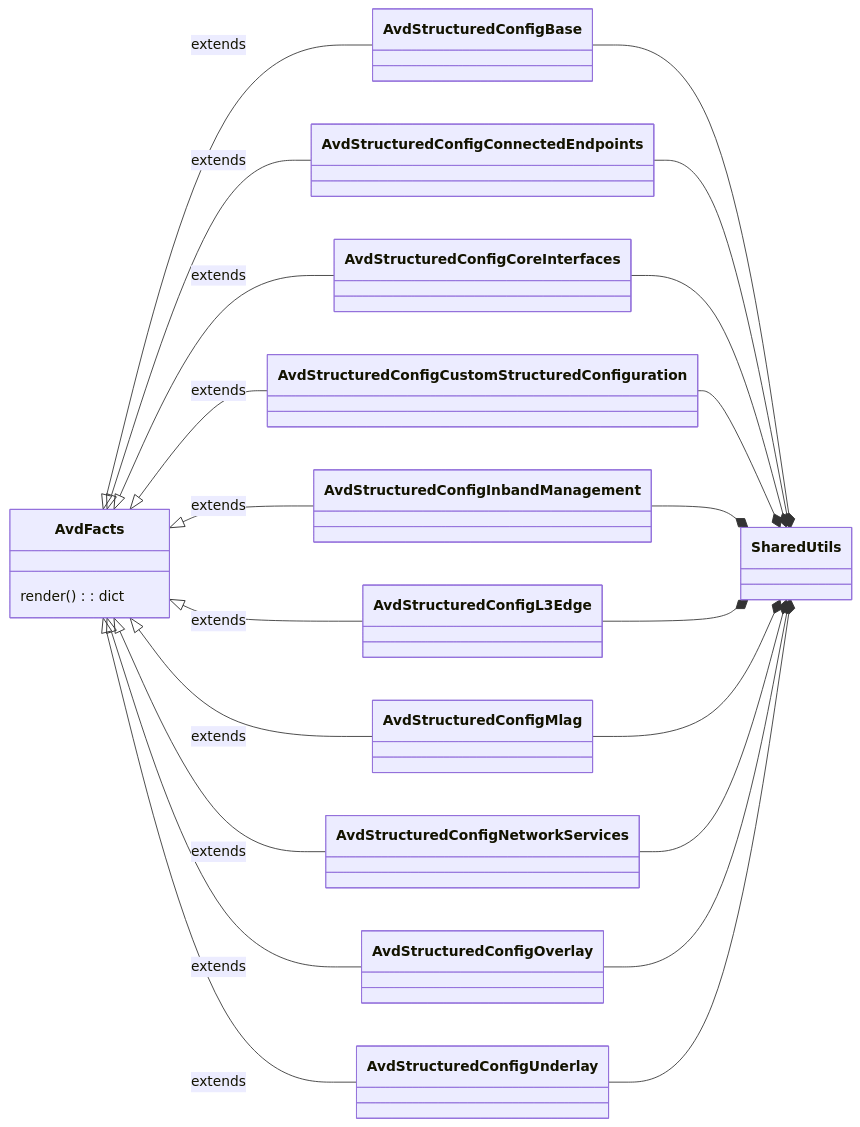
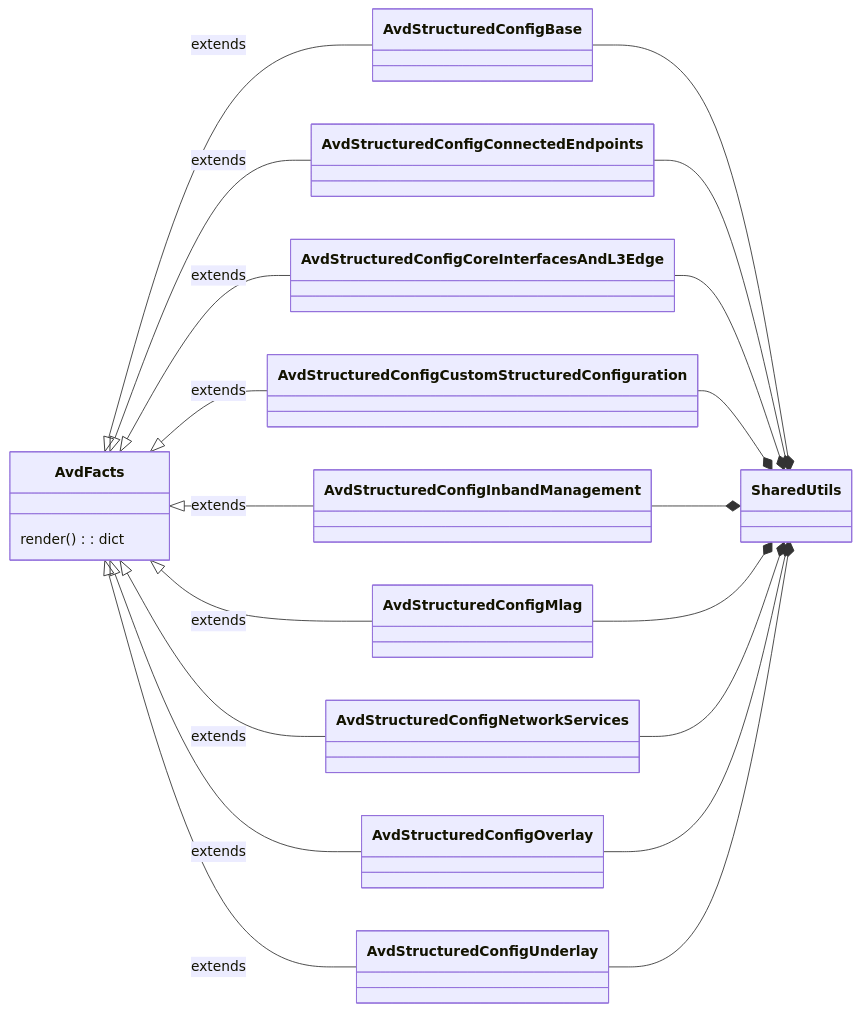
The fifth of 5 diagrams in ansible_collections/arista/avd/docs/contribution/eos_designs_internal_notes.md (aristanetworks/avd), drawn with Mermaid before and after one commit. The commit also changed other lines of this file, not shown here.

````diff
--- a/ansible_collections/arista/avd/docs/contribution/eos_designs_internal_notes.md
+++ b/ansible_collections/arista/avd/docs/contribution/eos_designs_internal_notes.md
@@ -241,37 +240,34 @@
 ```mermaid
 classDiagram
   direction LR
   class AvdFacts{
     render(): dict
   }
   class AvdStructuredConfigBase
   class AvdStructuredConfigConnectedEndpoints
-  class AvdStructuredConfigCoreInterfaces
+  class AvdStructuredConfigCoreInterfacesAndL3Edge
   class AvdStructuredConfigCustomStructuredConfiguration
   class AvdStructuredConfigInbandManagement
-  class AvdStructuredConfigL3Edge
   class AvdStructuredConfigMlag
   class AvdStructuredConfigNetworkServices
   class AvdStructuredConfigOverlay
   class AvdStructuredConfigUnderlay
   AvdFacts <|-- AvdStructuredConfigBase : extends
   AvdFacts <|-- AvdStructuredConfigConnectedEndpoints : extends
-  AvdFacts <|-- AvdStructuredConfigCoreInterfaces : extends
+  AvdFacts <|-- AvdStructuredConfigCoreInterfacesAndL3Edge : extends
   AvdFacts <|-- AvdStructuredConfigCustomStructuredConfiguration : extends
   AvdFacts <|-- AvdStructuredConfigInbandManagement : extends
-  AvdFacts <|-- AvdStructuredConfigL3Edge : extends
   AvdFacts <|-- AvdStructuredConfigMlag : extends
   AvdFacts <|-- AvdStructuredConfigNetworkServices : extends
   AvdFacts <|-- AvdStructuredConfigOverlay : extends
   AvdFacts <|-- AvdStructuredConfigUnderlay : extends
   AvdStructuredConfigBase --* SharedUtils
   AvdStructuredConfigConnectedEndpoints --* SharedUtils
-  AvdStructuredConfigCoreInterfaces --* SharedUtils
+  AvdStructuredConfigCoreInterfacesAndL3Edge --* SharedUtils
   AvdStructuredConfigCustomStructuredConfiguration --* SharedUtils
   AvdStructuredConfigInbandManagement --* SharedUtils
-  AvdStructuredConfigL3Edge --* SharedUtils
   AvdStructuredConfigMlag --* SharedUtils
   AvdStructuredConfigNetworkServices --* SharedUtils
   AvdStructuredConfigOverlay --* SharedUtils
   AvdStructuredConfigUnderlay --* SharedUtils
 ```
````
